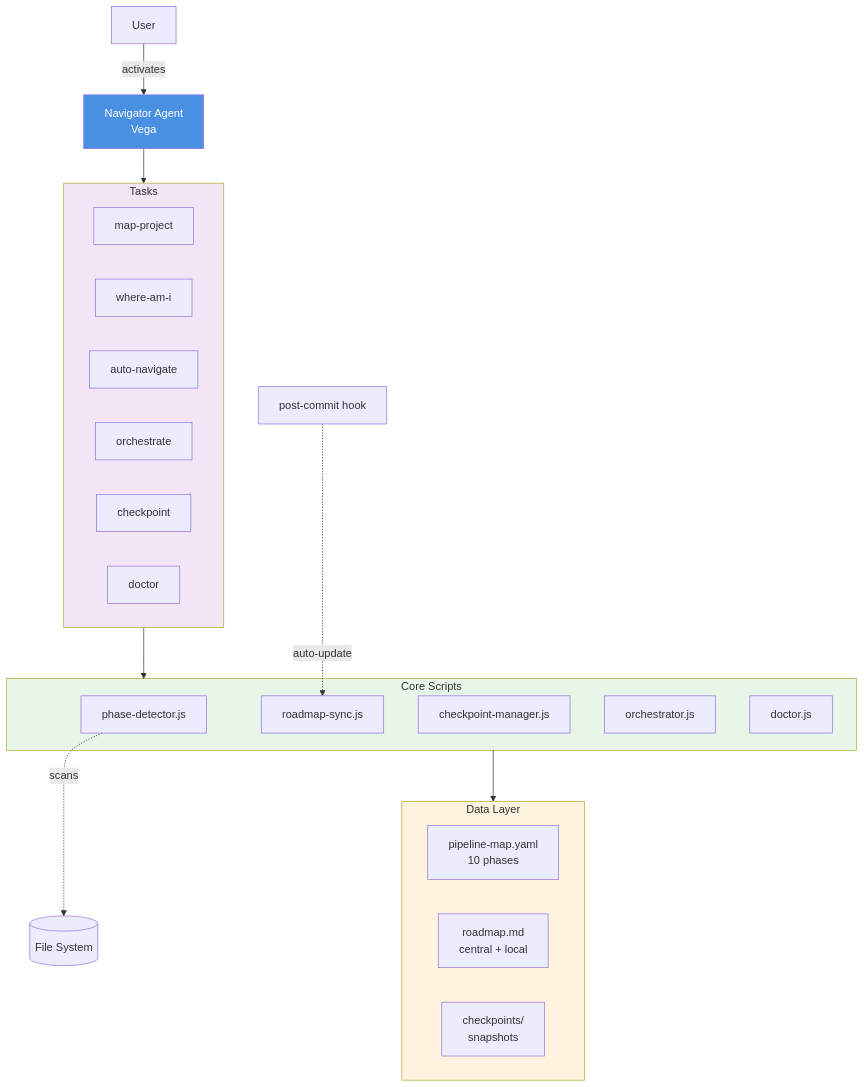
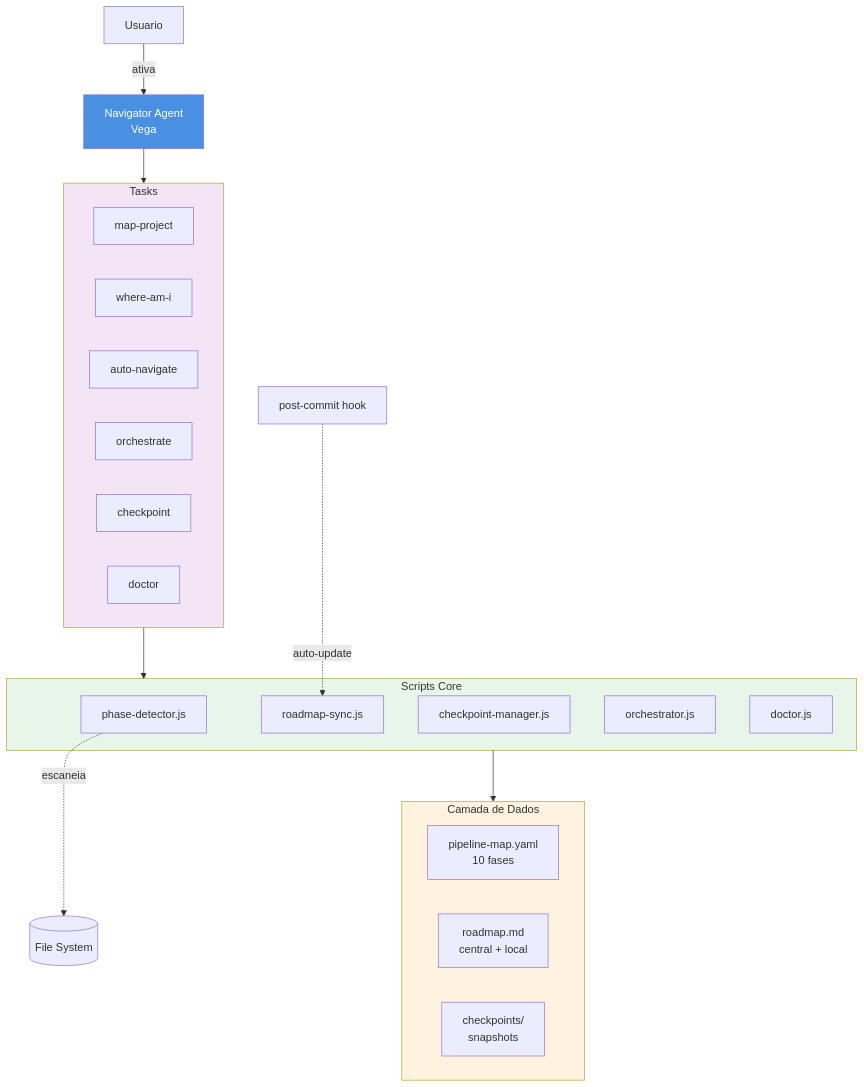
Before and after one commit to SynkraAI/aios-core: the second of 3 diagrams in squads/navigator/README.md, drawn with Mermaid. The commit also changed other lines of this file, not shown here.

Commit message:
docs: translate navigator README to pt-BR and add author attribution

````diff
--- a/squads/navigator/README.md
+++ b/squads/navigator/README.md
@@ -165,41 +173,41 @@
 ```mermaid
 graph TB
-    User[User] -->|activates| Agent[Navigator Agent<br/>Vega]
+    User[Usuario] -->|ativa| Agent[Navigator Agent<br/>Vega]
 
     Agent --> Tasks
 
     subgraph Tasks [Tasks]
         MapProject[map-project]
         WhereAmI[where-am-i]
         AutoNav[auto-navigate]
         Orchestrate[orchestrate]
         Checkpoint[checkpoint]
         Doctor[doctor]
     end
 
     Tasks --> Scripts
 
-    subgraph Scripts [Core Scripts]
+    subgraph Scripts [Scripts Core]
         PhaseDetect[phase-detector.js]
         RoadmapSync[roadmap-sync.js]
         CheckpointMgr[checkpoint-manager.js]
         Orchestrator[orchestrator.js]
         DoctorScript[doctor.js]
     end
 
     Scripts --> Storage
 
-    subgraph Storage [Data Layer]
-        Pipeline[pipeline-map.yaml<br/>10 phases]
+    subgraph Storage [Camada de Dados]
+        Pipeline[pipeline-map.yaml<br/>10 fases]
         Roadmap[roadmap.md<br/>central + local]
         Checkpoints[checkpoints/<br/>snapshots]
     end
 
     GitHook[post-commit hook] -.->|auto-update| RoadmapSync
-    PhaseDetect -.->|scans| FS[(File System)]
+    PhaseDetect -.->|escaneia| FS[(File System)]
 
     style Agent fill:#4A90E2,color:#fff
     style Scripts fill:#E8F5E9
     style Storage fill:#FFF3E0
     style Tasks fill:#F3E5F5
 ```
````
